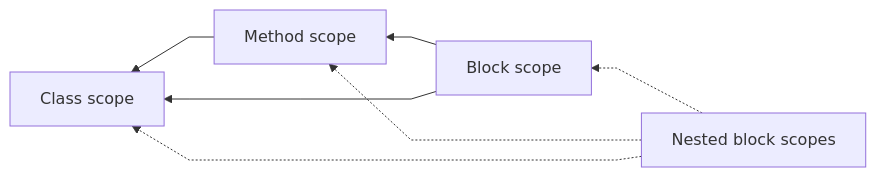
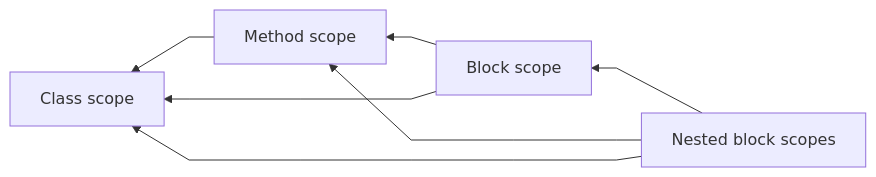
Before and after one commit to vertxxyz/help.vertx.xyz: the diagram in Troubleshooter/Assets/Site/Programming/Other/Scopes.md, drawn with Mermaid. The commit also changed other lines of this file and 16 other files, not shown here.

````diff
--- a/Troubleshooter/Assets/Site/Programming/Other/Scopes.md
+++ b/Troubleshooter/Assets/Site/Programming/Other/Scopes.md
@@ -10,7 +133,7 @@
 ```mermaid
 %%{ init: { 'flowchart': { 'curve': 'linear' } } }%%
 flowchart RL
-    A[Nested block scopes] -.->B[Block scope] -->C[Method scope] -->D[Class scope]
-    A -.->C & D
+    A[Nested block scopes] -->B[Block scope] -->C[Method scope] -->D[Class scope]
+    A -->C & D
     B -->D
 ```
````
